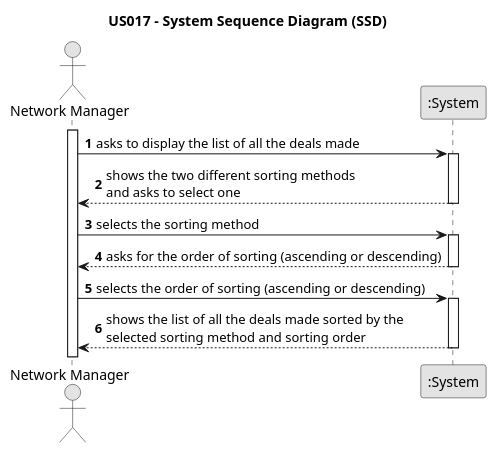
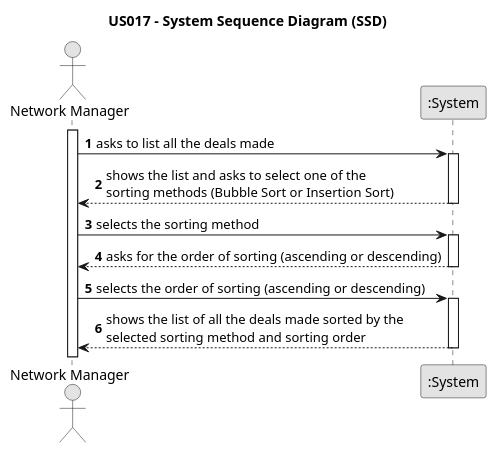
One commit to 1220812/LAPR2 changed the diagram in docs/sprintD/us017/01.requirements-engineering/puml/us017-system-sequence-diagram.puml. Above: the diagram before and after it, drawn with PlantUML. The commit also changed 12 other files, not shown here.

```diff
--- a/docs/sprintD/us017/01.requirements-engineering/puml/us017-system-sequence-diagram.puml
+++ b/docs/sprintD/us017/01.requirements-engineering/puml/us017-system-sequence-diagram.puml
@@ -1,39 +1,39 @@
 @startuml
 skinparam monochrome true
 skinparam packageStyle rectangle
 skinparam shadowing false
 
 title US017 - System Sequence Diagram (SSD)
 
 autonumber
 
 actor "Network Manager" as NM
 participant ":System" as System
 
 activate NM
 
-    NM -> System : asks to display the list of all the deals made
+    NM -> System : asks to list all the deals made
 
     activate System
 
-        System --> NM : shows the two different sorting methods \nand asks to select one
+        System --> NM : shows the list and asks to select one of the \nsorting methods (Bubble Sort or Insertion Sort)
 
     deactivate System
 
     NM -> System : selects the sorting method
 
     activate System
 
     System --> NM : asks for the order of sorting (ascending or descending)
 
     deactivate System
 
     NM -> System : selects the order of sorting (ascending or descending)
 
     activate System
 
     System --> NM : shows the list of all the deals made sorted by the \nselected sorting method and sorting order
 
     deactivate System
 
 @enduml
```
